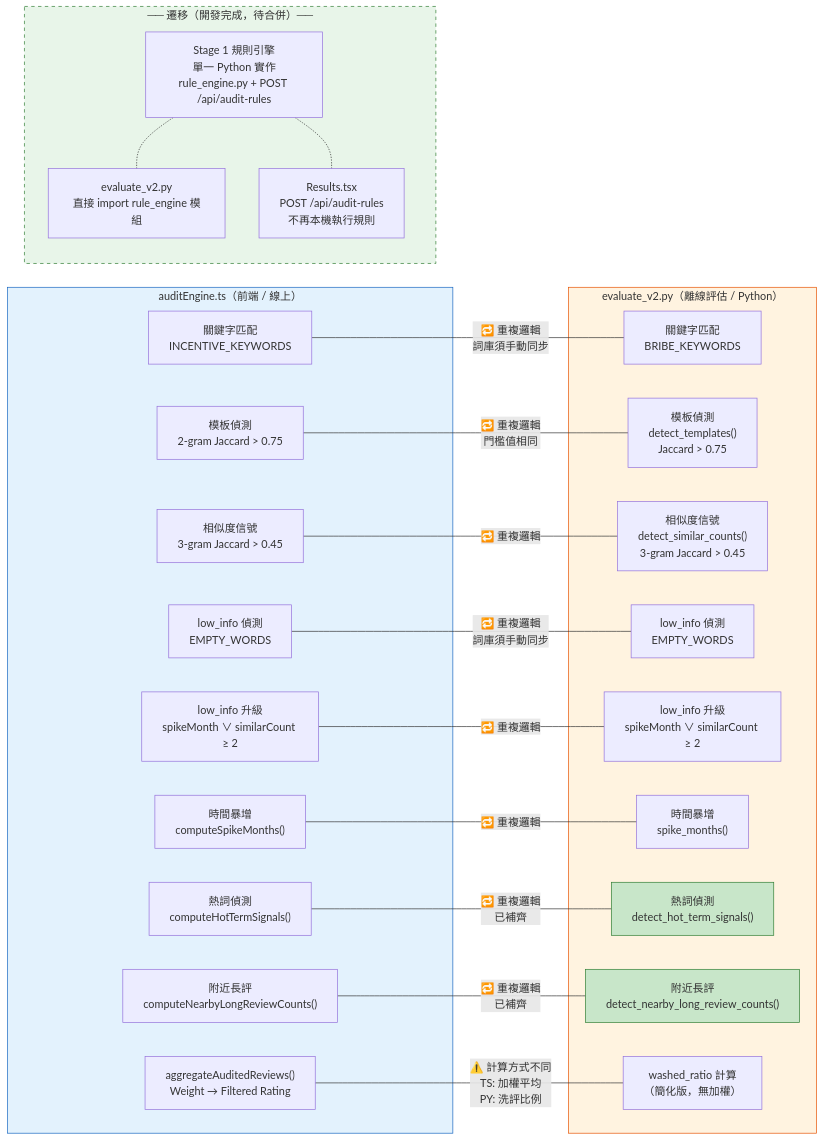
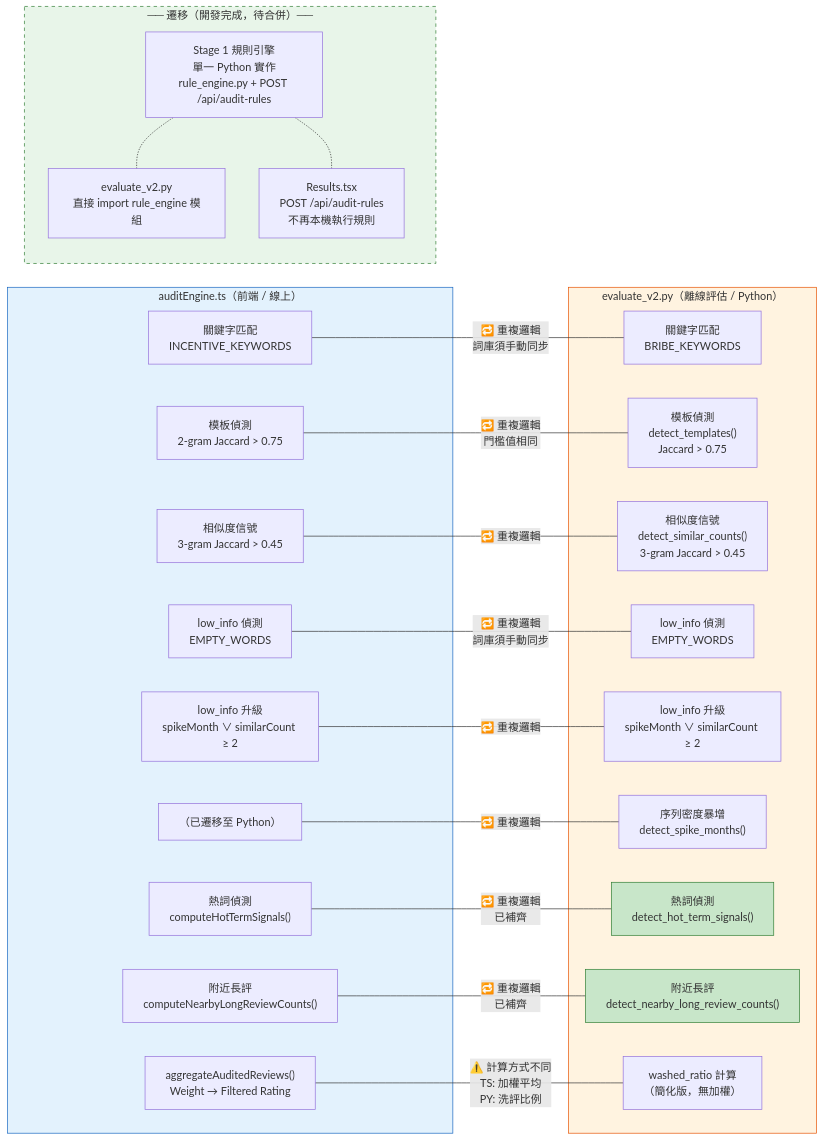
One commit to yiyi42205-ops/TTTTTTUUURREE changed the third of 3 diagrams in docs/ARCHITECTURE.md. Above: the diagram before and after it, drawn with Mermaid. The commit also changed other lines of this file and 1 other file, not shown here.

Commit message:
docs: update spike detection description to order-based, update migration status

````diff
--- a/docs/ARCHITECTURE.md
+++ b/docs/ARCHITECTURE.md
@@ -250,51 +250,51 @@
 ```mermaid
 flowchart LR
     subgraph TS["auditEngine.ts（前端 / 線上）"]
         TS_KW["關鍵字匹配\nINCENTIVE_KEYWORDS"]
         TS_TPL["模板偵測\n2-gram Jaccard > 0.75"]
         TS_SIM["相似度信號\n3-gram Jaccard > 0.45"]
         TS_LOW["low_info 偵測\nEMPTY_WORDS"]
         TS_ESC["low_info 升級\nspikeMonth ∨ similarCount ≥ 2"]
-        TS_SPIKE["時間暴增\ncomputeSpikeMonths()"]
+        TS_SPIKE["（已遷移至 Python）"]
         TS_HOT["熱詞偵測\ncomputeHotTermSignals()"]
         TS_NEARBY["附近長評\ncomputeNearbyLongReviewCounts()"]
         TS_AGG["aggregateAuditedReviews()\nWeight → Filtered Rating"]
     end
 
     subgraph PY["evaluate_v2.py（離線評估 / Python）"]
         PY_KW["關鍵字匹配\nBRIBE_KEYWORDS"]
         PY_TPL["模板偵測\ndetect_templates()\nJaccard > 0.75"]
         PY_SIM["相似度信號\ndetect_similar_counts()\n3-gram Jaccard > 0.45"]
         PY_LOW["low_info 偵測\nEMPTY_WORDS"]
         PY_ESC["low_info 升級\nspikeMonth ∨ similarCount ≥ 2"]
-        PY_SPIKE["時間暴增\nspike_months()"]
+        PY_SPIKE["序列密度暴增\ndetect_spike_months()"]
         PY_HOT["熱詞偵測\ndetect_hot_term_signals()"]
         PY_NEARBY["附近長評\ndetect_nearby_long_review_counts()"]
         PY_AGG["washed_ratio 計算\n（簡化版，無加權）"]
     end
 
     TS_KW ---|"🔁 重複邏輯\n詞庫須手動同步"| PY_KW
     TS_TPL ---|"🔁 重複邏輯\n門檻值相同"| PY_TPL
     TS_SIM ---|"🔁 重複邏輯"| PY_SIM
     TS_LOW ---|"🔁 重複邏輯\n詞庫須手動同步"| PY_LOW
     TS_ESC ---|"🔁 重複邏輯"| PY_ESC
     TS_SPIKE ---|"🔁 重複邏輯"| PY_SPIKE
     TS_HOT ---|"🔁 重複邏輯\n已補齊"| PY_HOT
     TS_NEARBY ---|"🔁 重複邏輯\n已補齊"| PY_NEARBY
     TS_AGG ---|"⚠️ 計算方式不同\nTS: 加權平均\nPY: 洗評比例"| PY_AGG
 
     subgraph MIGRATION["── 遷移（開發完成，待合併）──"]
         direction TB
         SINGLE["Stage 1 規則引擎\n單一 Python 實作\nrule_engine.py + POST /api/audit-rules"]
         EVAL_CALL["evaluate_v2.py\n直接 import rule_engine 模組"]
         FE_CALL["Results.tsx\nPOST /api/audit-rules\n不再本機執行規則"]
         SINGLE -.- EVAL_CALL
         SINGLE -.- FE_CALL
     end
 
     style TS fill:#e3f2fd,stroke:#1565C0
     style PY fill:#fff3e0,stroke:#E65100
     style MIGRATION fill:#e8f5e9,stroke:#2E7D32,stroke-dasharray: 5 5
     style PY_HOT fill:#c8e6c9,stroke:#2E7D32
     style PY_NEARBY fill:#c8e6c9,stroke:#2E7D32
 ```
````
